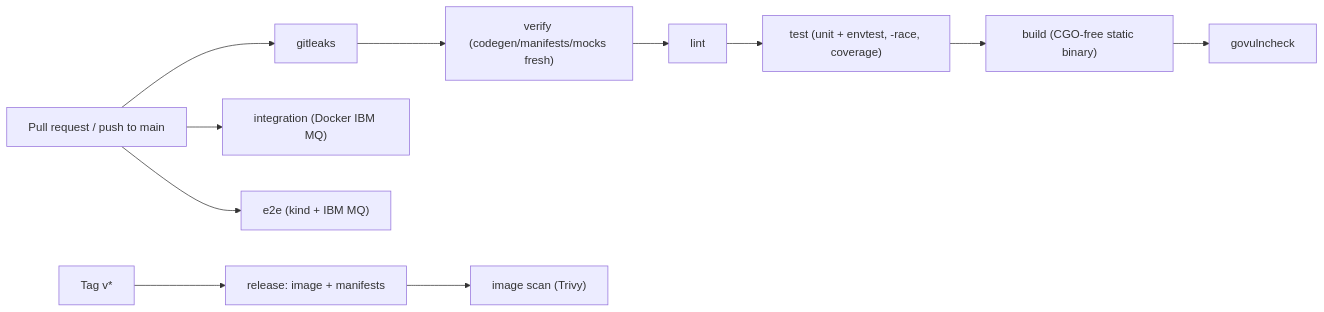
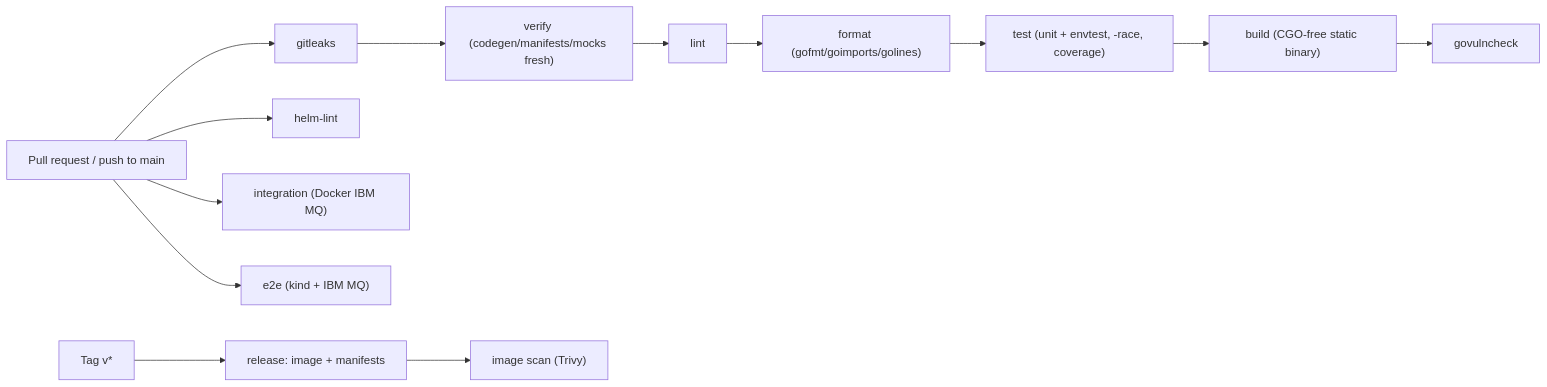
The diagram in docs/CICD.md (conduit-ops/MKurator), drawn with Mermaid before and after one commit. The commit also changed other lines of this file and 2 other files, not shown here.

First line of the commit message:
ci: :recycle: add Go cache, helm-lint, refresh CICD docs

````diff
--- a/docs/CICD.md
+++ b/docs/CICD.md
@@ -24,13 +24,15 @@
 ```mermaid
 flowchart LR
   pr["Pull request / push to main"] --> gitleaks
   gitleaks --> verify
   verify["verify (codegen/manifests/mocks fresh)"] --> lint
-  lint --> test["test (unit + envtest, -race, coverage)"]
+  lint --> format["format (gofmt/goimports/golines)"]
+  format --> test["test (unit + envtest, -race, coverage)"]
   test --> build["build (CGO-free static binary)"]
   build --> vuln["govulncheck"]
+  pr --> helmlint["helm-lint"]
   pr --> integration["integration (Docker IBM MQ)"]
   pr --> e2e["e2e (kind + IBM MQ)"]
   tag["Tag v*"] --> release["release: image + manifests"]
   release --> scan["image scan (Trivy)"]
 ```
````
